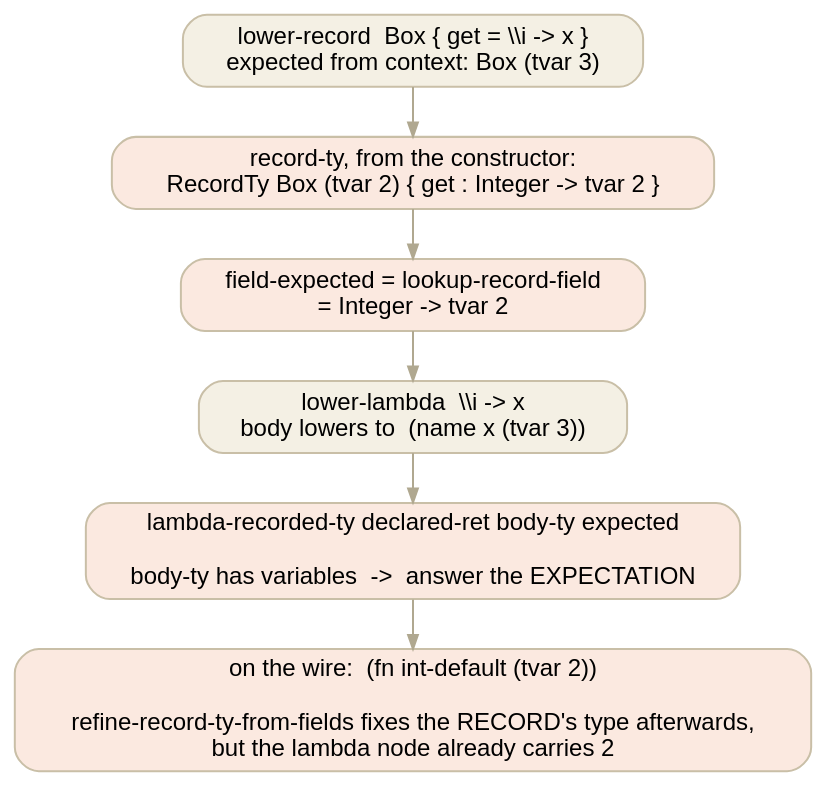
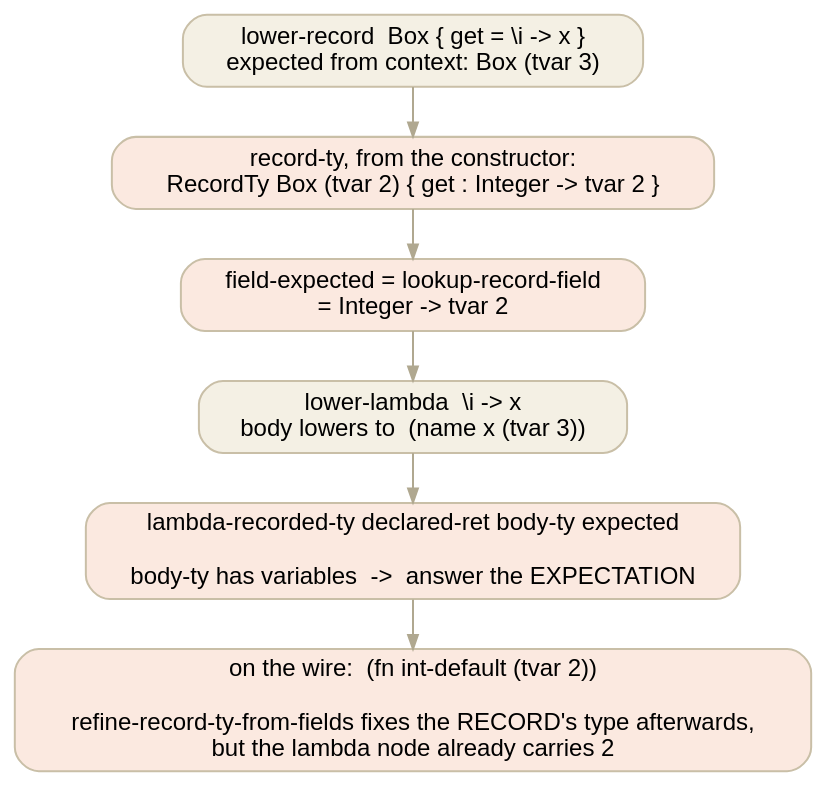
Before and after one commit to showell/essay-repl-server: the second of 4 diagrams in notes/the-declarations-variable.md, drawn with Graphviz. The commit also changed other lines of this file, not shown here.

Commit message:
notes: the declaration's variable -- lambda backslashes in the labels

````diff
--- a/notes/the-declarations-variable.md
+++ b/notes/the-declarations-variable.md
@@ -37,14 +37,14 @@
 ```dot
 digraph {
   rankdir=TB; bgcolor="transparent"; pad=0.2; nodesep=0.3; ranksep=0.35;
   node [shape=box style="rounded,filled" fillcolor="#f4f0e4" color="#c9bfa7" fontname="Helvetica" fontsize=12];
   edge [color="#b0a890" arrowsize=0.7 fontname="Helvetica" fontsize=10];
-  lr  [label="lower-record  Box { get = \\\\i -> x }\nexpected from context: Box (tvar 3)"];
+  lr  [label="lower-record  Box { get = \\i -> x }\nexpected from context: Box (tvar 3)"];
   rt  [label="record-ty, from the constructor:\nRecordTy Box (tvar 2) { get : Integer -> tvar 2 }" fillcolor="#fbe9e0"];
   fe  [label="field-expected = lookup-record-field\n= Integer -> tvar 2" fillcolor="#fbe9e0"];
-  ll  [label="lower-lambda  \\\\i -> x\nbody lowers to  (name x (tvar 3))"];
+  ll  [label="lower-lambda  \\i -> x\nbody lowers to  (name x (tvar 3))"];
   lrt [label="lambda-recorded-ty declared-ret body-ty expected\n\nbody-ty has variables  ->  answer the EXPECTATION" fillcolor="#fbe9e0"];
   wire [label="on the wire:  (fn int-default (tvar 2))\n\nrefine-record-ty-from-fields fixes the RECORD's type afterwards,\nbut the lambda node already carries 2" fillcolor="#fbe9e0"];
   lr -> rt -> fe -> ll -> lrt -> wire;
 }
 ```
````
